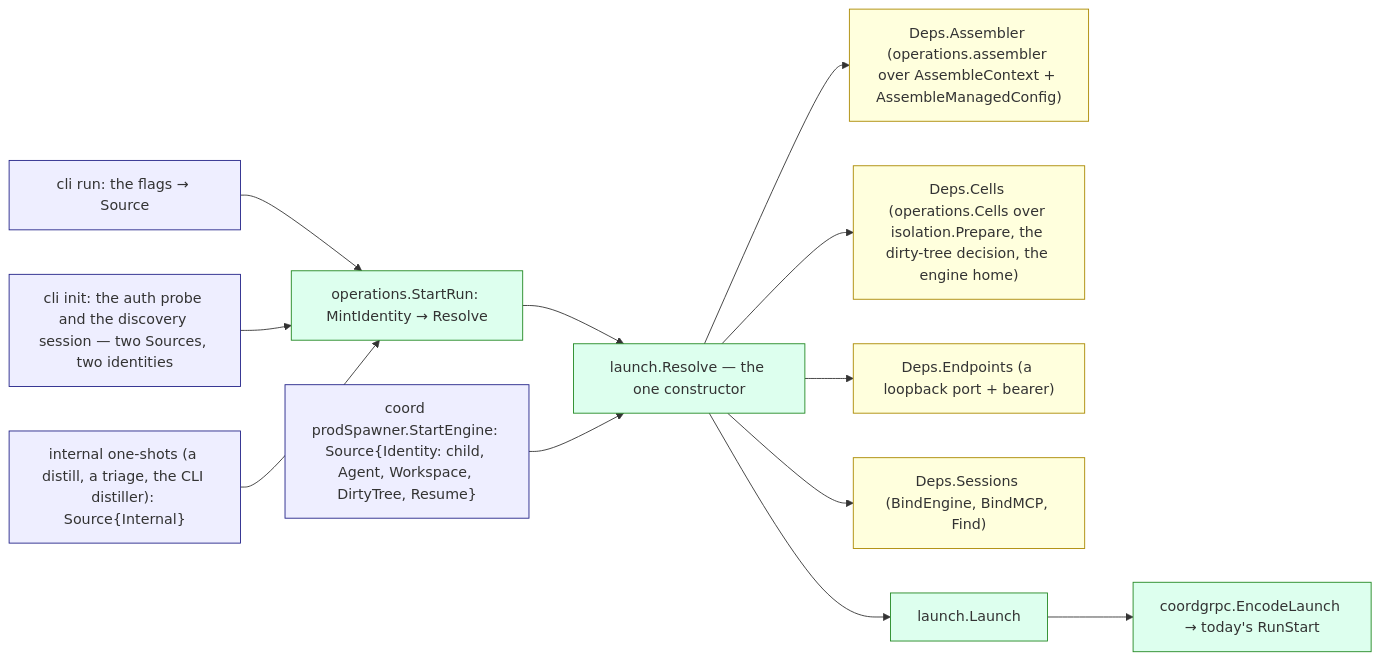
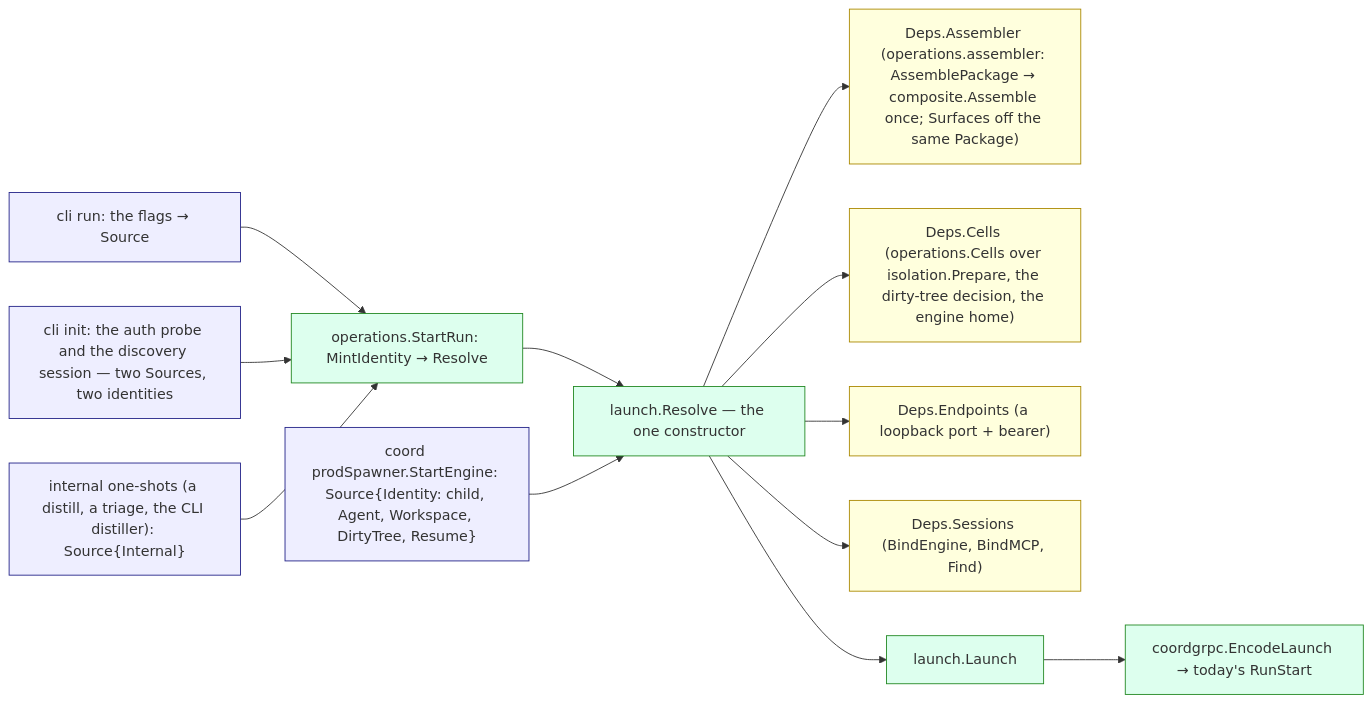
One commit to ctxloom/ctxloom changed the diagram in docs/architecture/core/launch.md. Above: the diagram before and after it, drawn with Mermaid. The commit also changed other lines of this file and 3 other files, not shown here.

First line of the commit message:
docs(architecture): composite.md is born; §1.1, §2.1, §2.2 and §2.3 carry the landed package; launch.md's assembler row is corrected

````diff
--- a/docs/architecture/core/launch.md
+++ b/docs/architecture/core/launch.md
@@ -21,22 +21,22 @@
 ```mermaid
 flowchart LR
   classDef src fill:#eef,stroke:#228
   classDef core fill:#dfe,stroke:#282
   classDef port fill:#ffd,stroke:#a80
   RUN["cli run: the flags → Source"]:::src
   INIT["cli init: the auth probe and the discovery session — two Sources, two identities"]:::src
   ONE["internal one-shots (a distill, a triage, the CLI distiller): Source{Internal}"]:::src
   SPAWN["coord prodSpawner.StartEngine: Source{Identity: child, Agent, Workspace, DirtyTree, Resume}"]:::src
   START["operations.StartRun: MintIdentity → Resolve"]:::core
   RES["launch.Resolve — the one constructor"]:::core
-  ASM["Deps.Assembler (operations.assembler over AssembleContext + AssembleManagedConfig)"]:::port
+  ASM["Deps.Assembler (operations.assembler: AssemblePackage → composite.Assemble once; Surfaces off the same Package)"]:::port
   CELLS["Deps.Cells (operations.Cells over isolation.Prepare, the dirty-tree decision, the engine home)"]:::port
   EPM["Deps.Endpoints (a loopback port + bearer)"]:::port
   STORE["Deps.Sessions (BindEngine, BindMCP, Find)"]:::port
   L["launch.Launch"]:::core
   ENC["coordgrpc.EncodeLaunch → today's RunStart"]:::core
   RUN & INIT & ONE --> START --> RES
   SPAWN --> RES
   RES --> ASM & CELLS & EPM & STORE
   RES --> L --> ENC
 ```
````
